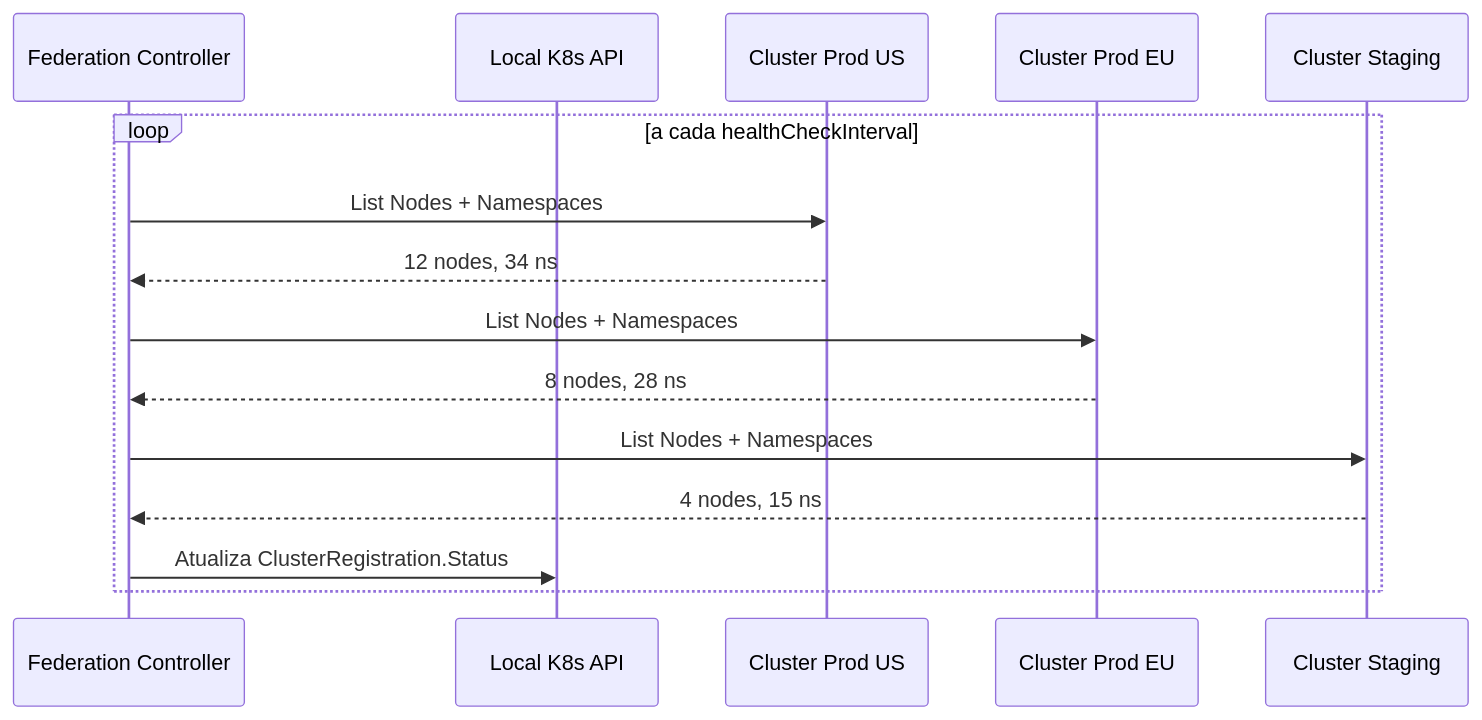
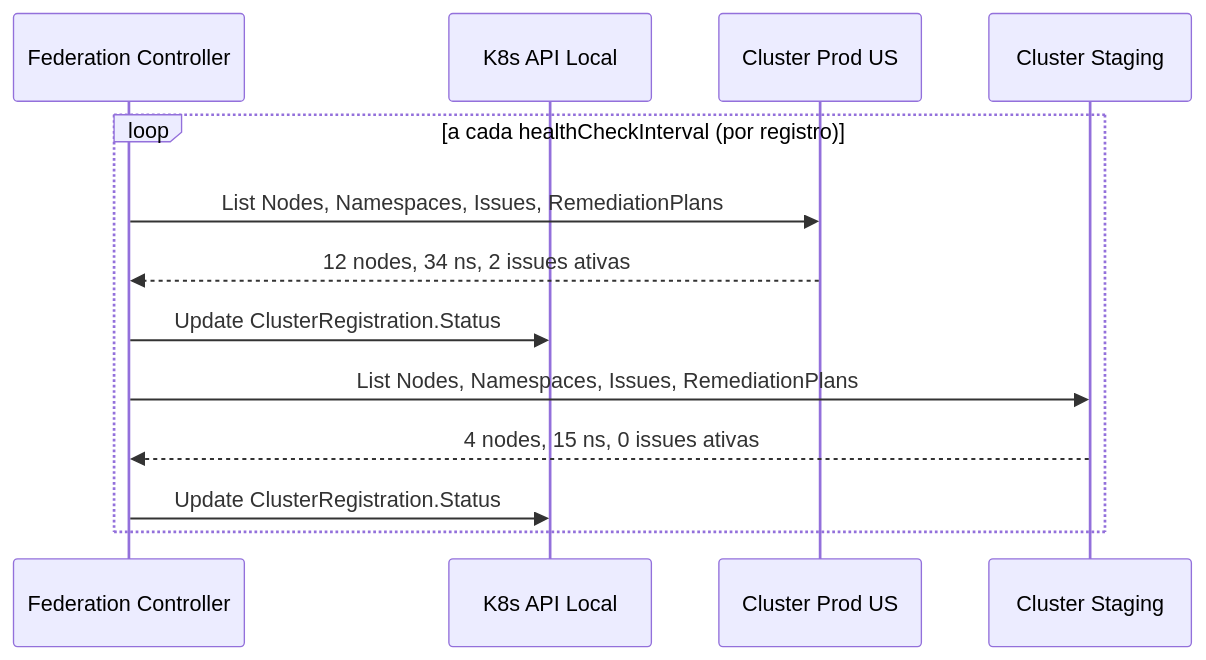
The first of 2 diagrams in pt/features/aiops/federation.mdx (diillson/chatcli.ai), drawn with Mermaid before and after one commit. The commit also changed other lines of this file and 126 other files, not shown here.

````diff
--- a/pt/features/aiops/federation.mdx
+++ b/pt/features/aiops/federation.mdx
@@ -207,18 +150,16 @@
 ```mermaid
 sequenceDiagram
     participant FC as Federation Controller
-    participant K8s as Local K8s API
+    participant K8s as K8s API Local
     participant RC1 as Cluster Prod US
-    participant RC2 as Cluster Prod EU
-    participant RC3 as Cluster Staging
+    participant RC2 as Cluster Staging
 
-    loop a cada healthCheckInterval
-        FC->>RC1: List Nodes + Namespaces
-        RC1-->>FC: 12 nodes, 34 ns
-        FC->>RC2: List Nodes + Namespaces
-        RC2-->>FC: 8 nodes, 28 ns
-        FC->>RC3: List Nodes + Namespaces
-        RC3-->>FC: 4 nodes, 15 ns
-        FC->>K8s: Atualiza ClusterRegistration.Status
+    loop a cada healthCheckInterval (por registro)
+        FC->>RC1: List Nodes, Namespaces, Issues, RemediationPlans
+        RC1-->>FC: 12 nodes, 34 ns, 2 issues ativas
+        FC->>K8s: Update ClusterRegistration.Status
+        FC->>RC2: List Nodes, Namespaces, Issues, RemediationPlans
+        RC2-->>FC: 4 nodes, 15 ns, 0 issues ativas
+        FC->>K8s: Update ClusterRegistration.Status
     end
 ```
````
